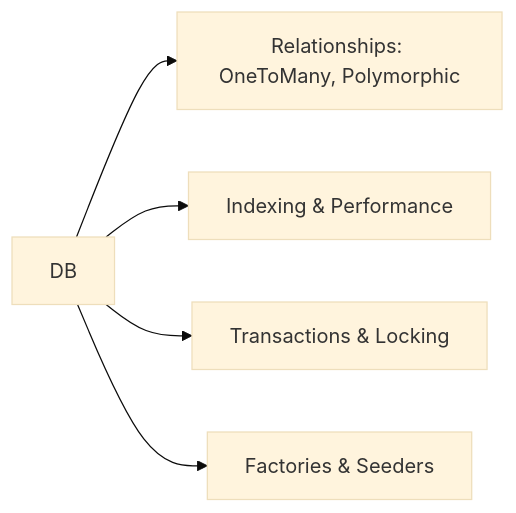
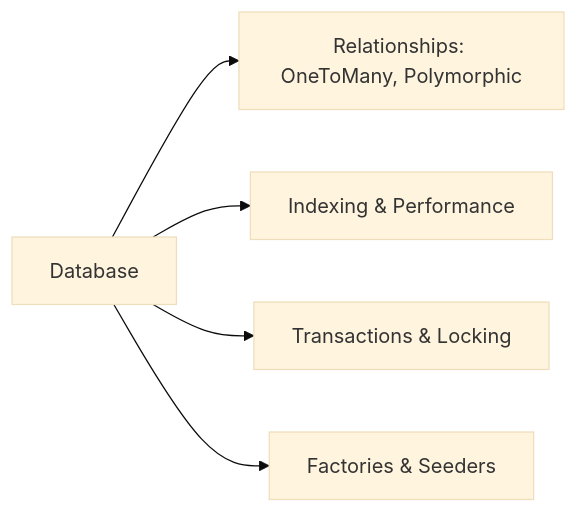
One commit to subhashladumor1/laravel-mastery-roadmap changed the third of 10 diagrams in diagrams/00-full-stack-roadmap.md. Above: the diagram before and after it, drawn with Mermaid (base theme). The commit also changed other lines of this file and 15 other files, not shown here.

First line of the commit message:
fix diagram not render

````diff
--- a/diagrams/00-full-stack-roadmap.md
+++ b/diagrams/00-full-stack-roadmap.md
@@ -42,7 +42,7 @@
 ```mermaid
 graph LR
-    DB --> Rel[Relationships: OneToMany, Polymorphic]
+    DB[Database] --> Rel[Relationships: OneToMany, Polymorphic]
     DB --> Index[Indexing & Performance]
     DB --> Trans[Transactions & Locking]
     DB --> Fac[Factories & Seeders]
 ```
````
